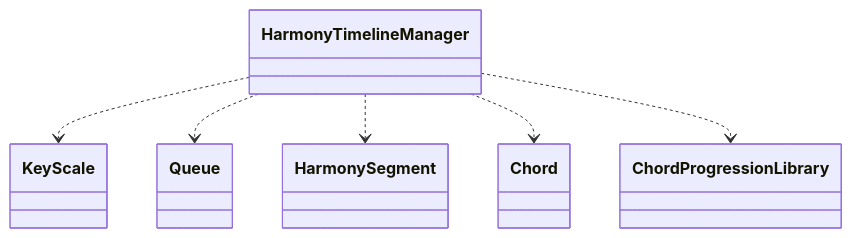
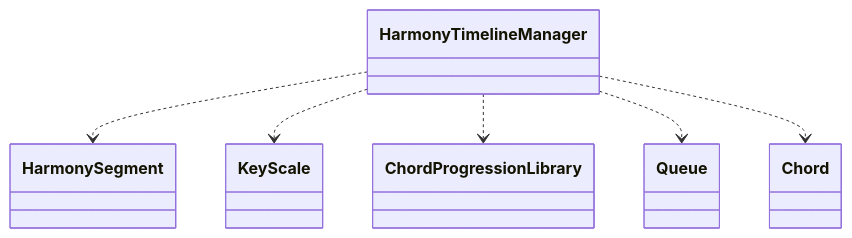
The eighth of 39 diagrams in test/test.md (schnock-art/project_inspector), drawn with Mermaid before and after one commit. The commit also changed other lines of this file and 1 other file, not shown here.

Commit message:
Removed empty mermaid

````diff
--- a/test/test.md
+++ b/test/test.md
@@ -252,8 +252,8 @@
 ```mermaid
 classDiagram
+HarmonyTimelineManager ..> HarmonySegment
 HarmonyTimelineManager ..> KeyScale
+HarmonyTimelineManager ..> ChordProgressionLibrary
 HarmonyTimelineManager ..> Queue
-HarmonyTimelineManager ..> HarmonySegment
 HarmonyTimelineManager ..> Chord
-HarmonyTimelineManager ..> ChordProgressionLibrary
 ```
````
